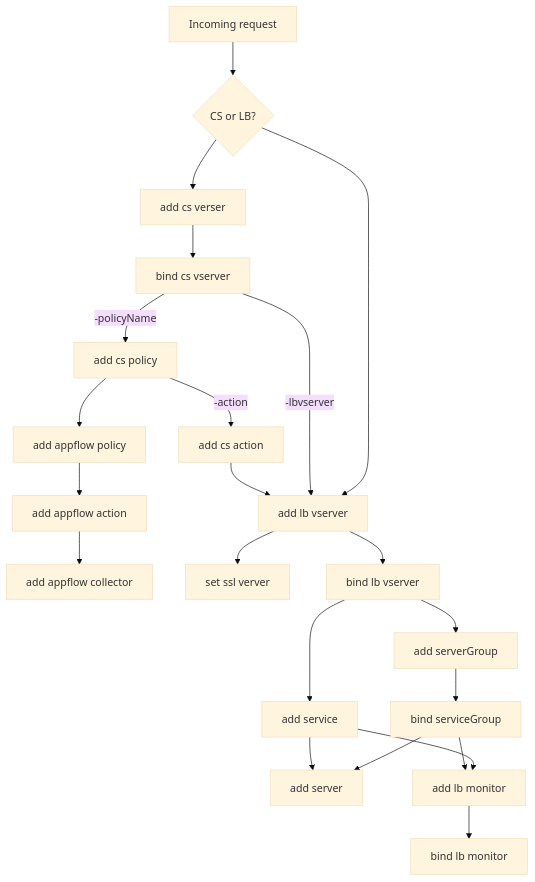
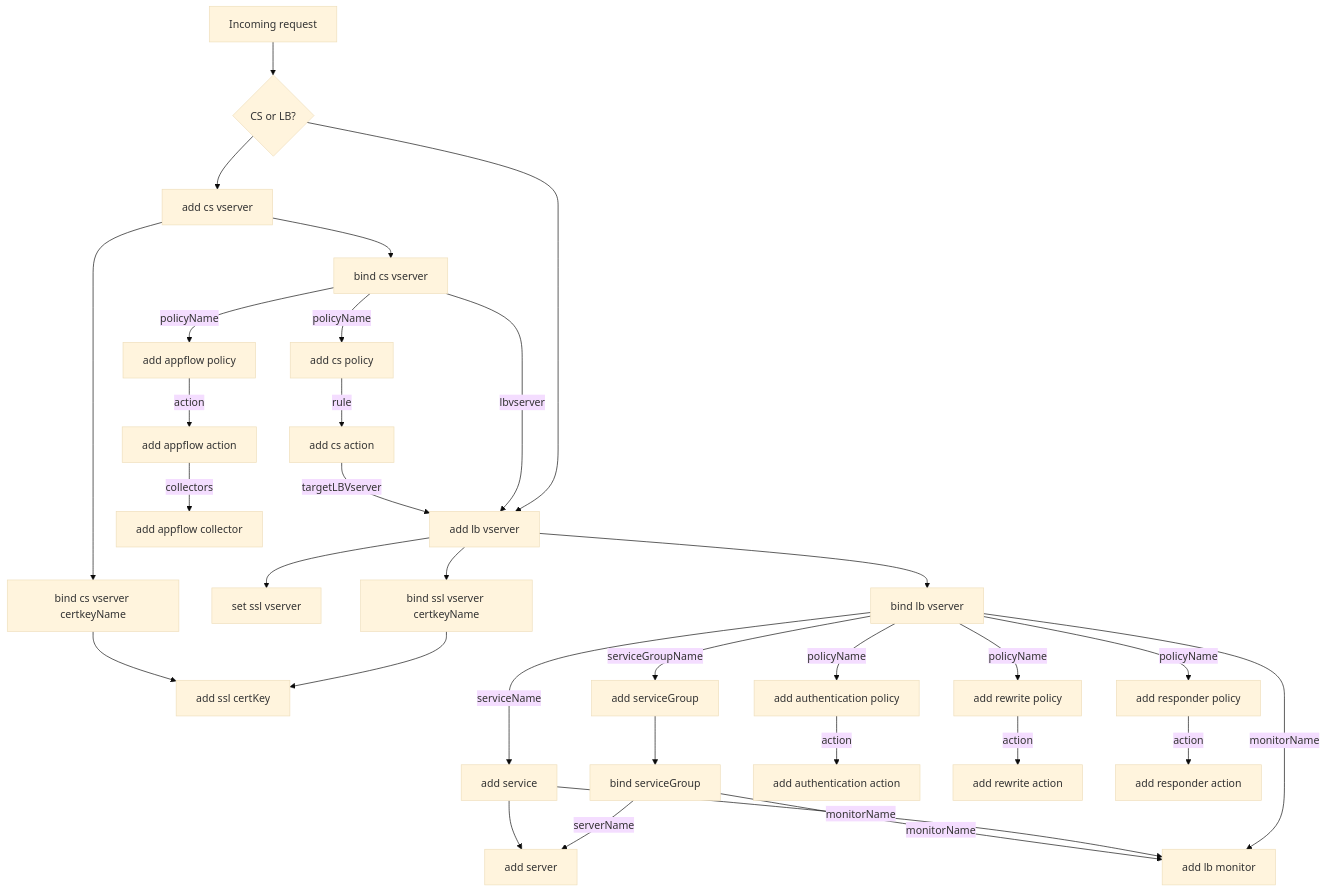
One commit to f5devcentral/vscode-f5-flipper changed the diagram in README.md. Above: the diagram before and after it, drawn with Mermaid (base theme). The commit also changed other lines of this file and 45 other files, not shown here.

````diff
--- a/README.md
+++ b/README.md
@@ -170,28 +170,54 @@
 ```mermaid
 flowchart TD
     A[Incoming request]-->C{CS or LB?}
-    C -->acv[add cs verser]
+    
+    %% Content Switching Path
+    C -->acv[add cs vserver]
     acv -->bcsvs[bind cs vserver]
-    bcsvs-->|"-policyName"|acsp[add cs policy]
-    acsp-->|"-action"|acsa[add cs action]
-    acsa-->albvs
+    bcsvs-->|policyName|acsp[add cs policy]
+    acsp-->|rule|acsa[add cs action]
+    acsa-->|targetLBVserver|albvs
+    bcsvs-->|lbvserver|albvs
+    
+    %% SSL Certificate bindings for CS
+    acv-->bcsssl[bind cs vserver certkeyName]
+    bcsssl-->asck[add ssl certKey]
+    
+    %% AppFlow integration
+    bcsvs-->|policyName|aafp[add appflow policy]
+    aafp-->|action|aafa[add appflow action]
+    aafa-->|collectors|aafc[add appflow collector]
 
-    bcsvs-->|"-lbvserver"|albvs
-
-    acsp-->aafp[add appflow policy]
-    aafp-->aafa[add appflow action]
-    aafa-->aafc[add appflow collector]
-
-
+    %% Load Balancing Path
     C -->albvs[add lb vserver]
-    albvs-->ssvserver[set ssl verver]
+    albvs-->sslvs[set ssl vserver]
+    albvs-->blbssl[bind ssl vserver certkeyName]
+    blbssl-->asck
     albvs-->blbvs[bind lb vserver]
-    blbvs-->aservice[add service]
+    
+    %% Service binding options
+    blbvs-->|serviceName|aservice[add service]
+    blbvs-->|serviceGroupName|asg[add serviceGroup]
+    
+    %% Service to Server mapping
     aservice-->aserver[add server]
-    blbvs-->asg[add serverGroup]
     asg-->bsg[bind serviceGroup]
-    bsg-->aserver
-    bsg-->albm[add lb monitor]
-    albm-->blbm[bind lb monitor]
-    aservice-->albm
+    bsg-->|serverName|aserver
+    
+    %% Monitor bindings
+    bsg-->|monitorName|albm[add lb monitor]
+    aservice-->|monitorName|albm
+    blbvs-->|monitorName|albm
+    
+    %% Authentication policies
+    blbvs-->|policyName|aap[add authentication policy]
+    aap-->|action|aaa[add authentication action]
+    
+    %% Rewrite policies
+    blbvs-->|policyName|arp[add rewrite policy]
+    arp-->|action|ara[add rewrite action]
+    
+    %% Responder policies
+    blbvs-->|policyName|resp[add responder policy]
+    resp-->|action|resa[add responder action]
 ```
````
